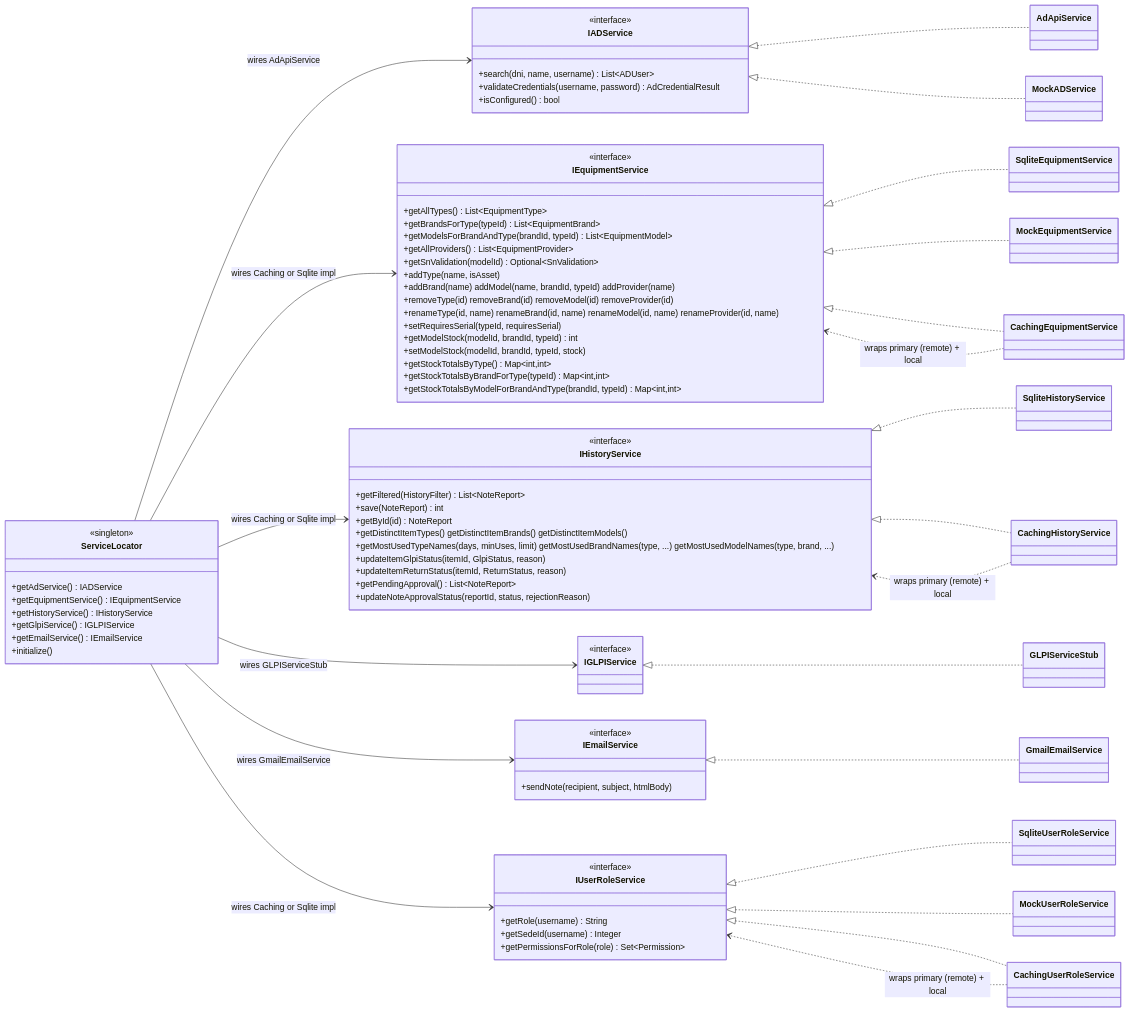
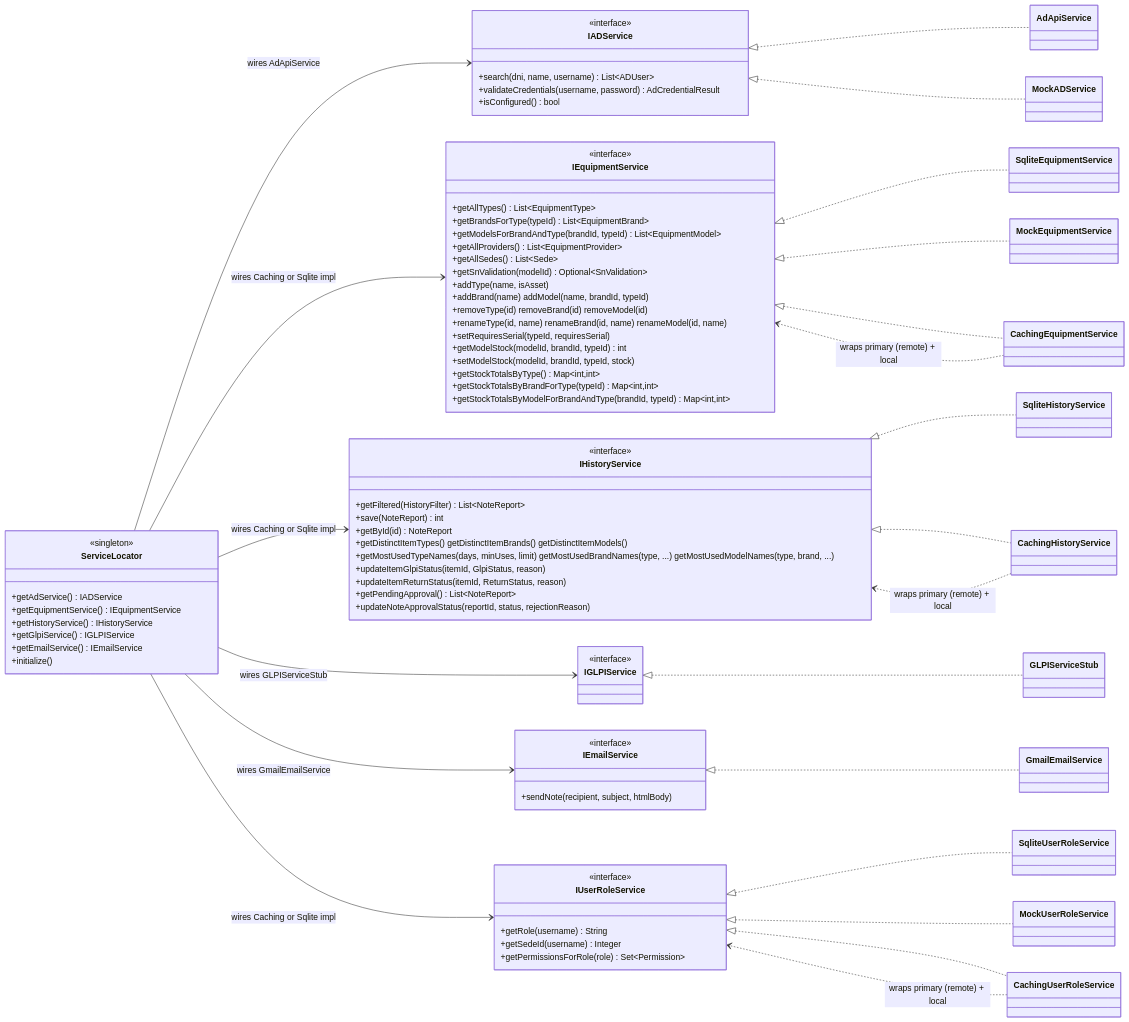
The second of 3 diagrams in docs/architecture.md (Bunshock/nexus-it), drawn with Mermaid before and after one commit. The commit also changed other lines of this file and 14 other files, not shown here.

```diff
--- a/docs/architecture.md
+++ b/docs/architecture.md
@@ -213,11 +213,12 @@
         +getBrandsForType(typeId) List~EquipmentBrand~
         +getModelsForBrandAndType(brandId, typeId) List~EquipmentModel~
         +getAllProviders() List~EquipmentProvider~
+        +getAllSedes() List~Sede~
         +getSnValidation(modelId) Optional~SnValidation~
         +addType(name, isAsset)
-        +addBrand(name) addModel(name, brandId, typeId) addProvider(name)
-        +removeType(id) removeBrand(id) removeModel(id) removeProvider(id)
-        +renameType(id, name) renameBrand(id, name) renameModel(id, name) renameProvider(id, name)
+        +addBrand(name) addModel(name, brandId, typeId)
+        +removeType(id) removeBrand(id) removeModel(id)
+        +renameType(id, name) renameBrand(id, name) renameModel(id, name)
         +setRequiresSerial(typeId, requiresSerial)
         +getModelStock(modelId, brandId, typeId) int
         +setModelStock(modelId, brandId, typeId, stock)
```
